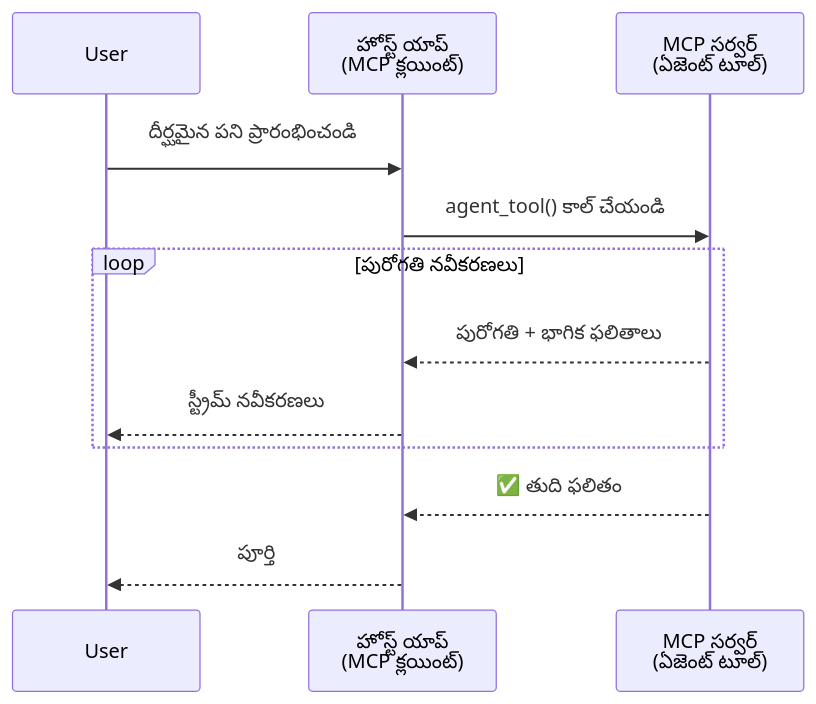
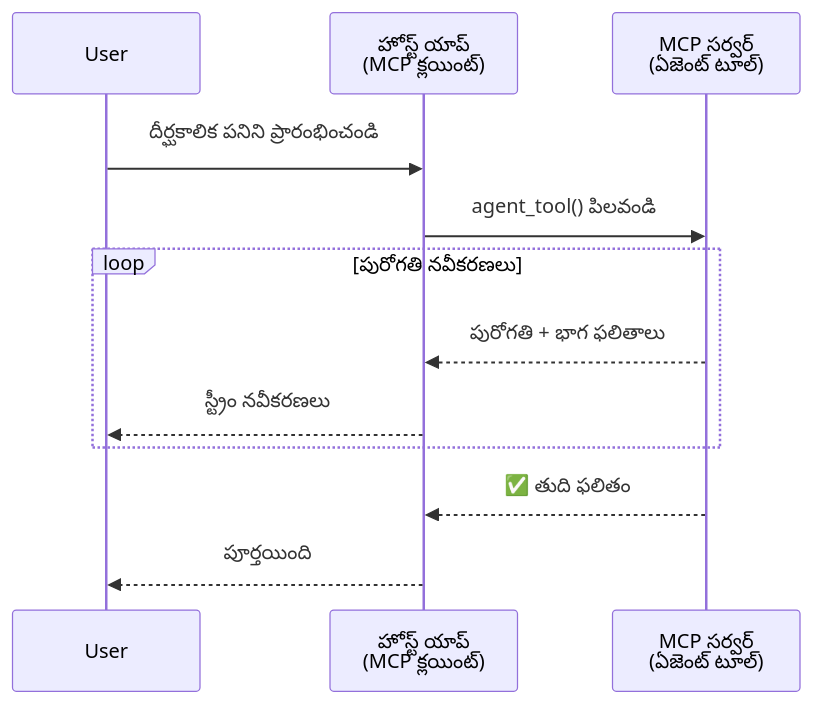
Before and after one commit to gabrielmoreira/agent-skills-mirror: the first of 5 diagrams in mirrors/repos/microsoft@ai-agents-for-beginners/translations/te/11-agentic-protocols/code_samples/mcp-agents/README.md, drawn with Mermaid. The commit also changed other lines of this file and 4482 other files, not shown here.

````diff
--- a/mirrors/repos/microsoft@ai-agents-for-beginners/translations/te/11-agentic-protocols/code_samples/mcp-agents/README.md
+++ b/mirrors/repos/microsoft@ai-agents-for-beginners/translations/te/11-agentic-protocols/code_samples/mcp-agents/README.md
@@ -46,17 +46,17 @@
 ```mermaid
 sequenceDiagram
     participant User
     participant Host as హోస్ట్ యాప్<br/>(MCP క్లయింట్)
     participant Server as MCP సర్వర్<br/>(ఏజెంట్ టూల్)
 
-    User->>Host: దీర్ఘమైన పని ప్రారంభించండి
-    Host->>Server: agent_tool() కాల్ చేయండి
+    User->>Host: దీర్ఘకాలిక పనిని ప్రారంభించండి
+    Host->>Server: agent_tool() పిలవండి
 
     loop పురోగతి నవీకరణలు
-        Server-->>Host: పురోగతి + భాగిక ఫలితాలు
-        Host-->>User: స్ట్రీమ్ నవీకరణలు
+        Server-->>Host: పురోగతి + భాగ ఫలితాలు
+        Host-->>User: స్ట్రీం నవీకరణలు
     end
 
     Server-->>Host: ✅ తుది ఫలితం
-    Host-->>User: పూర్తి
+    Host-->>User: పూర్తయింది
 ```
````
